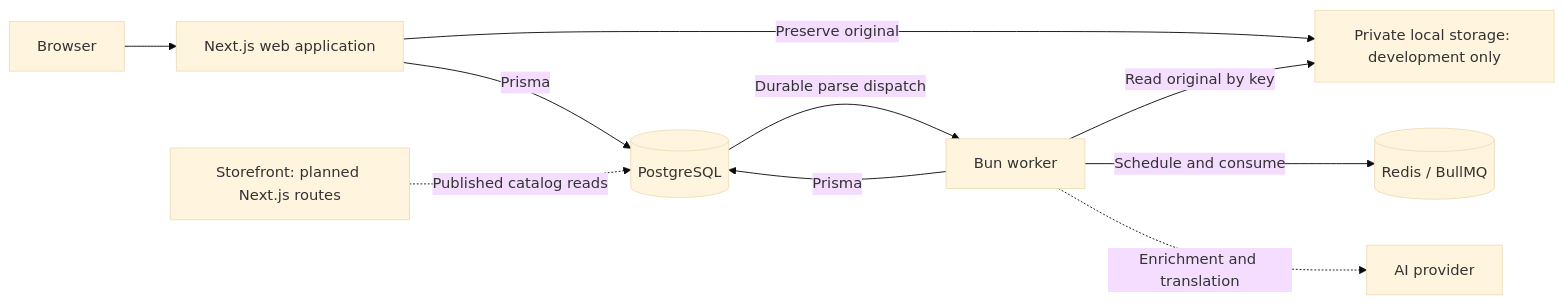
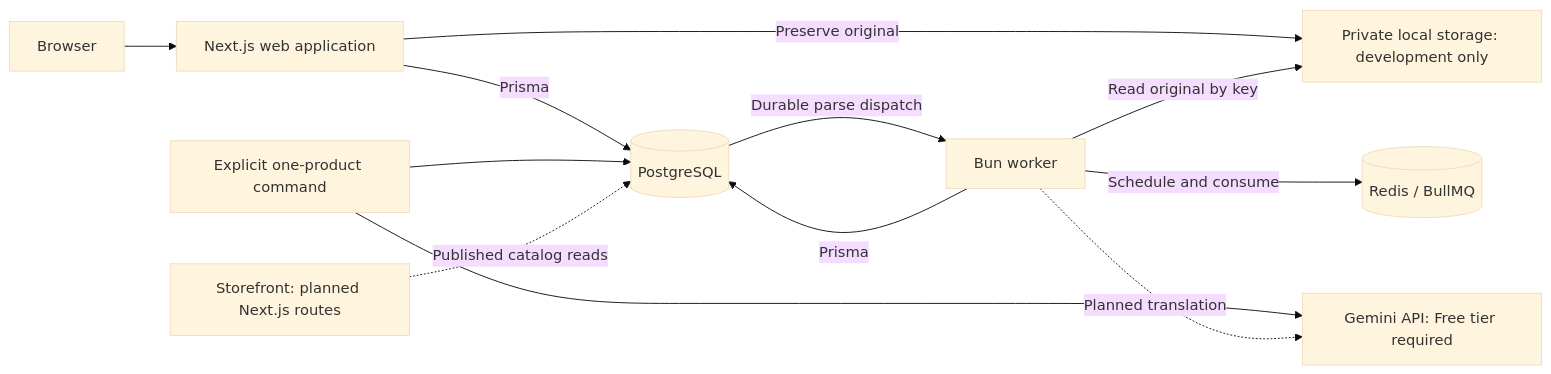
One commit to UmangAgarwal257/catalogforge changed the diagram in README.md. Above: the diagram before and after it, drawn with Mermaid (base theme). The commit also changed other lines of this file and 20 other files, not shown here.

Commit message:
feat: add evidence-backed Gemini enrichment

````diff
--- a/README.md
+++ b/README.md
@@ -41,12 +43,14 @@
 ```mermaid
 flowchart LR
     Browser --> Web[Next.js web application]
     Web -->|Prisma| DB[(PostgreSQL)]
     Web -->|Preserve original| Storage[Private local storage: development only]
     Worker[Bun worker] -->|Prisma| DB
     Worker -->|Read original by key| Storage
     DB -->|Durable parse dispatch| Worker
     Worker -->|Schedule and consume| Redis[(Redis / BullMQ)]
-    Worker -. Enrichment and translation .-> AI[AI provider]
+    Enrichment[Explicit one-product command] --> AI[Gemini API: Free tier required]
+    Enrichment --> DB
+    Worker -. Planned translation .-> AI
     Storefront[Storefront: planned Next.js routes] -. Published catalog reads .-> DB
 ```
````
